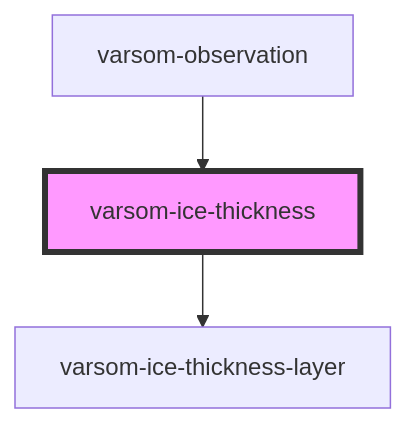
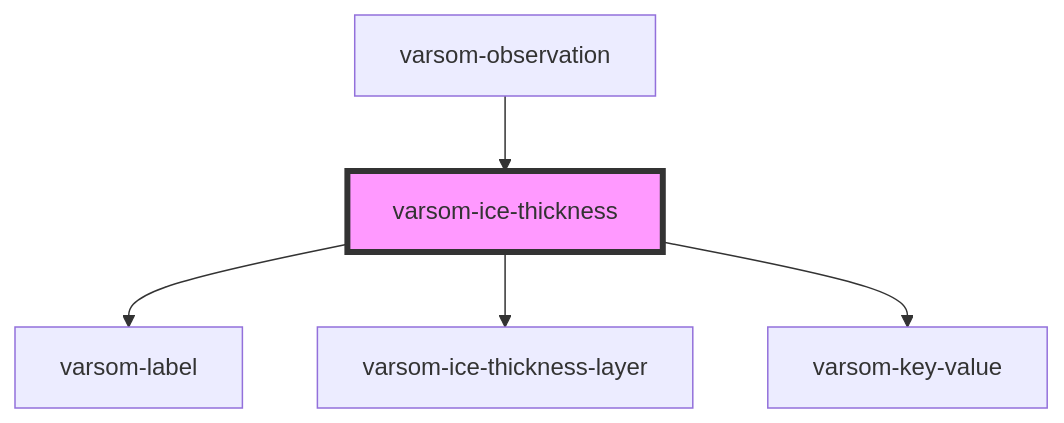
Before and after one commit to NVE/varsom-observation: the diagram in observasjonskort/src/components/varsom-ice-thickness/readme.md, drawn with Mermaid. The commit also changed other lines of this file and 6 other files, not shown here.

Commit message:
updated component ice thickness

````diff
--- a/observasjonskort/src/components/varsom-ice-thickness/readme.md
+++ b/observasjonskort/src/components/varsom-ice-thickness/readme.md
@@ -33,6 +35,8 @@
 ```mermaid
 graph TD;
+  varsom-ice-thickness --> varsom-label
   varsom-ice-thickness --> varsom-ice-thickness-layer
+  varsom-ice-thickness --> varsom-key-value
   varsom-observation --> varsom-ice-thickness
   style varsom-ice-thickness fill:#f9f,stroke:#333,stroke-width:4px
 ```
````
